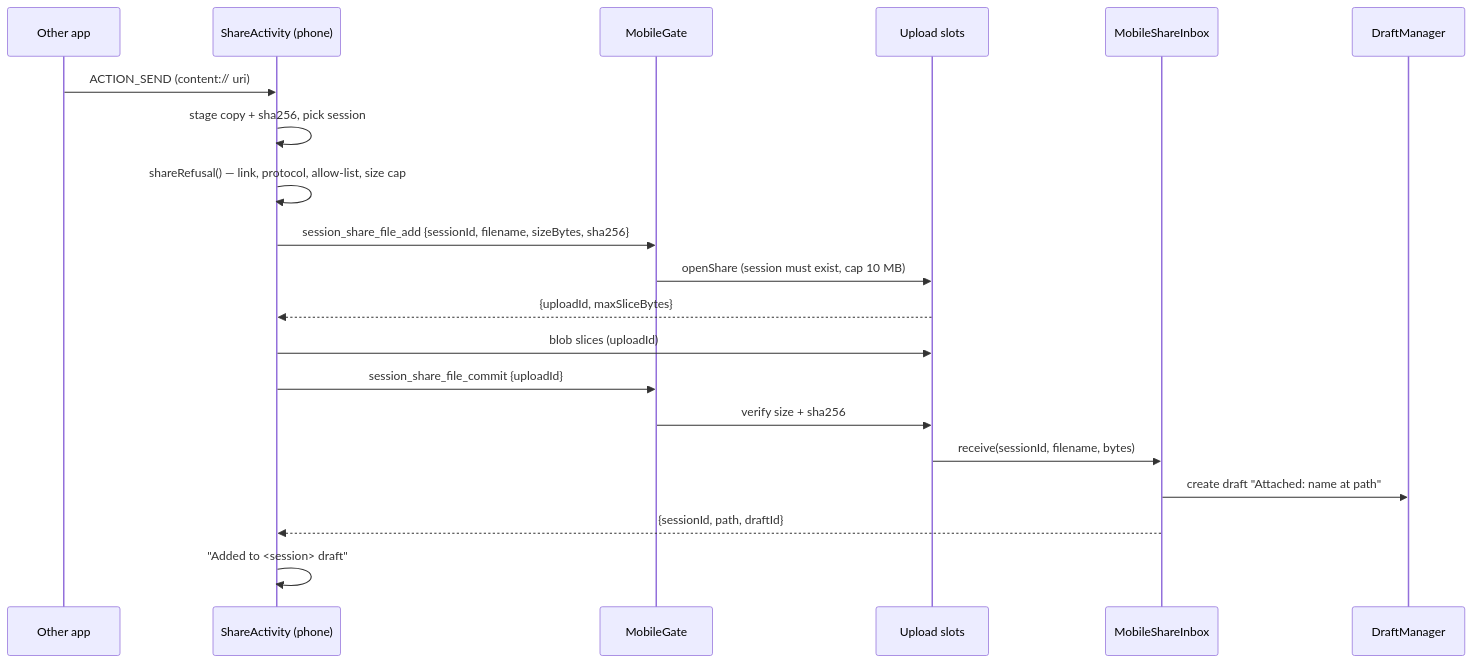
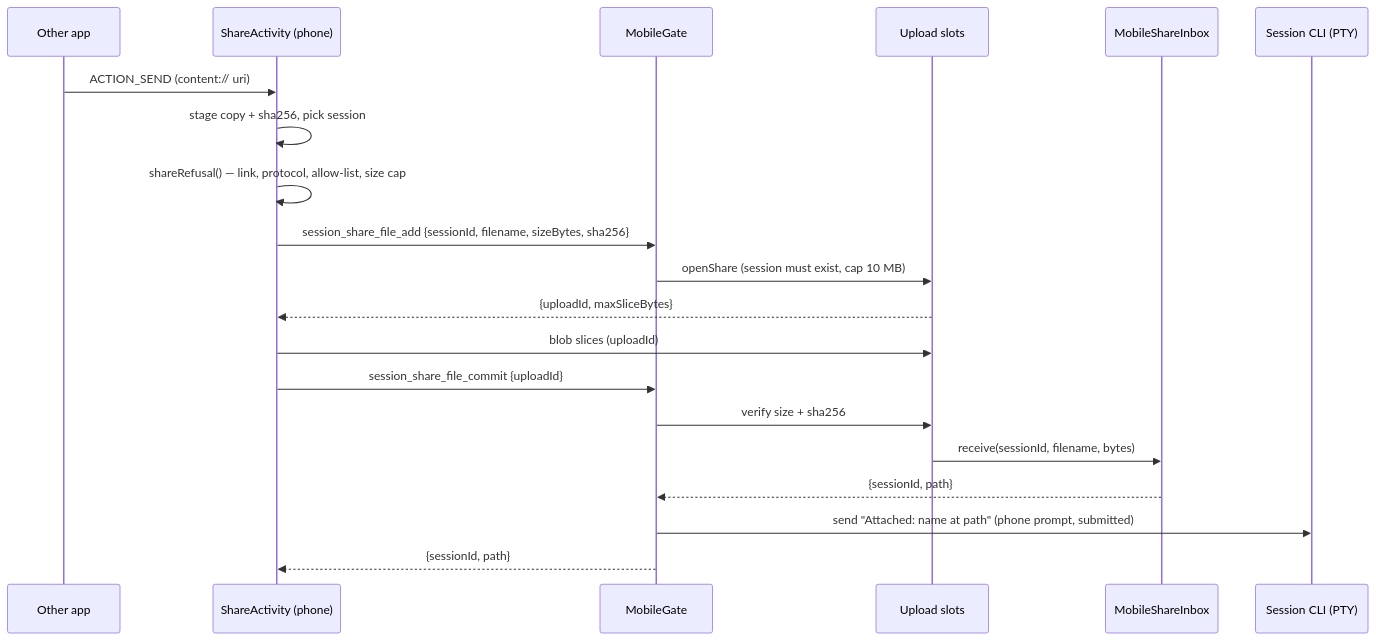
One commit to PetePeter/helm changed the second of 6 diagrams in docs/mobile-app.md. Above: the diagram before and after it, drawn with Mermaid. The commit also changed other lines of this file and 208 other files, not shown here.

First line of the commit message:
feat: rename scratchpad to draft, pane shortcuts, artifact scroll memory, phone shares to PTY

````diff
--- a/docs/mobile-app.md
+++ b/docs/mobile-app.md
@@ -383,22 +385,22 @@
 ```mermaid
 sequenceDiagram
     participant App as Other app
     participant P as ShareActivity (phone)
     participant G as MobileGate
     participant U as Upload slots
     participant I as MobileShareInbox
-    participant D as DraftManager
+    participant S as Session CLI (PTY)
     App->>P: ACTION_SEND (content:// uri)
     P->>P: stage copy + sha256, pick session
     P->>P: shareRefusal() — link, protocol, allow-list, size cap
     P->>G: session_share_file_add {sessionId, filename, sizeBytes, sha256}
     G->>U: openShare (session must exist, cap 10 MB)
     U-->>P: {uploadId, maxSliceBytes}
     P->>U: blob slices (uploadId)
     P->>G: session_share_file_commit {uploadId}
     G->>U: verify size + sha256
     U->>I: receive(sessionId, filename, bytes)
-    I->>D: create draft "Attached: name at path"
-    I-->>P: {sessionId, path, draftId}
-    P->>P: "Added to <session> draft"
+    I-->>G: {sessionId, path}
+    G->>S: send "Attached: name at path" (phone prompt, submitted)
+    G-->>P: {sessionId, path}
 ```
````
